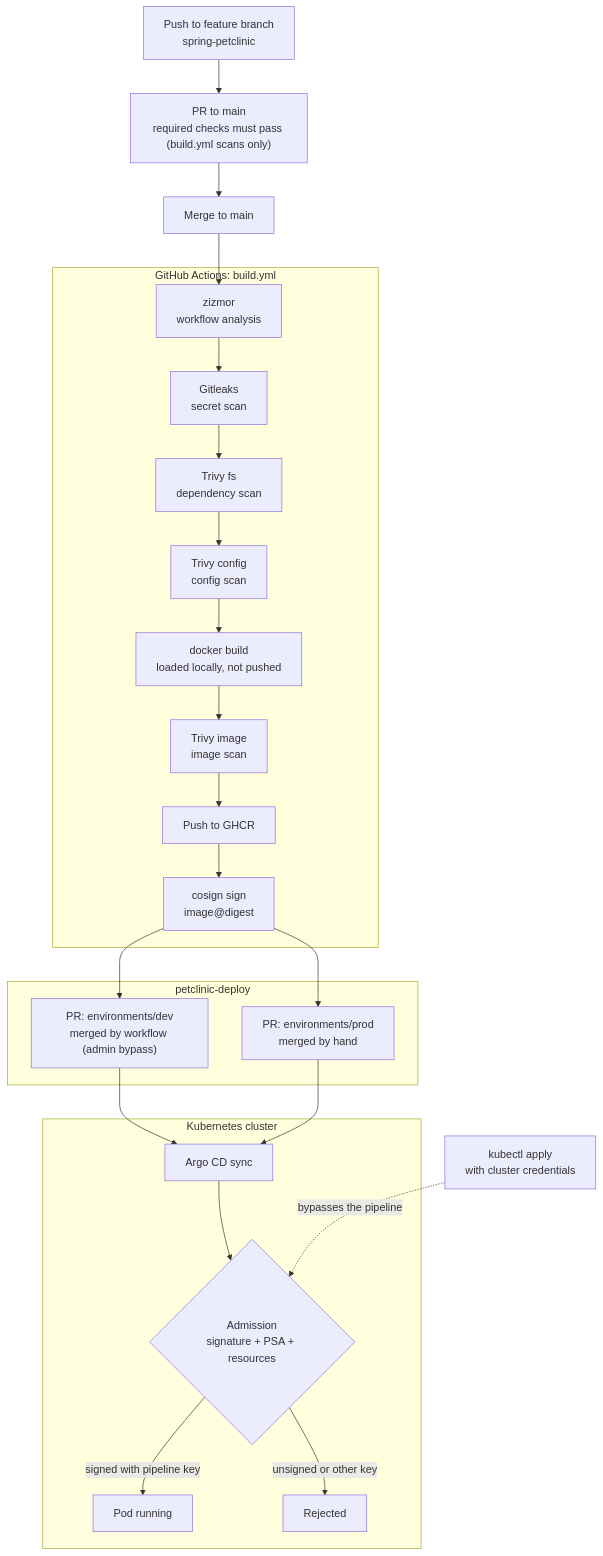
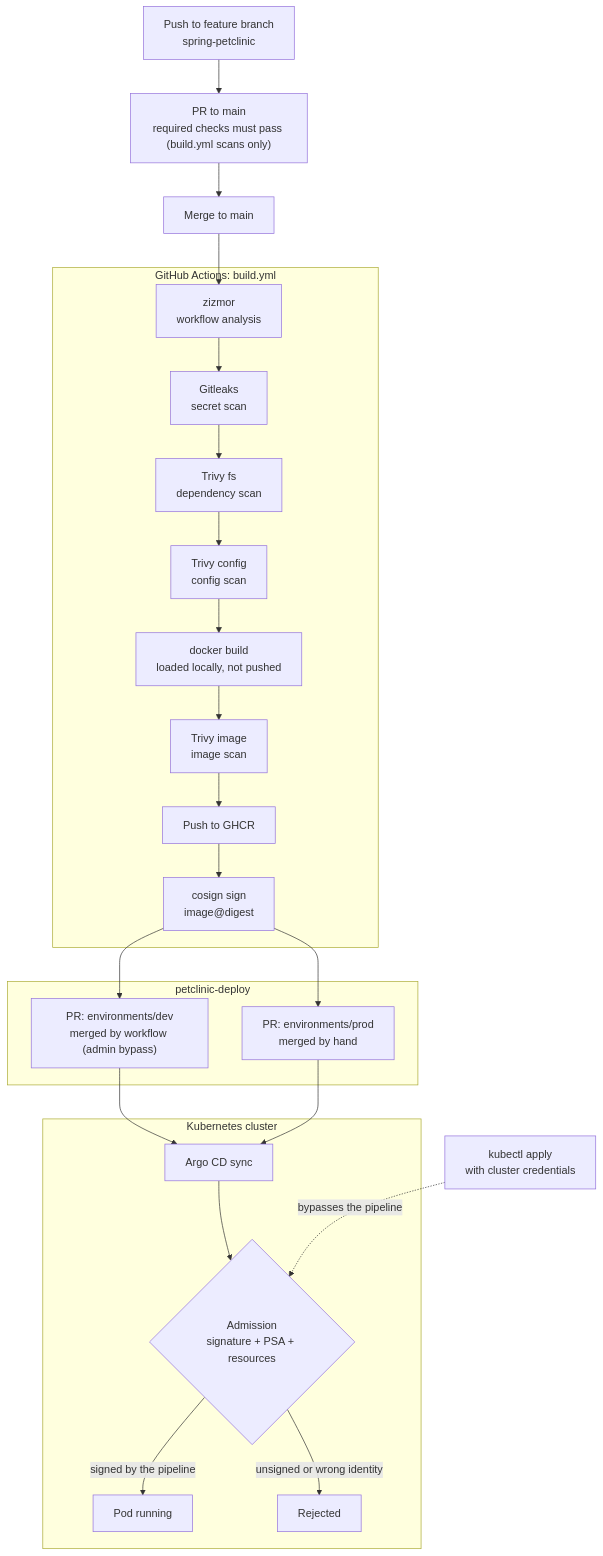
Before and after one commit to PtrMlnda/petclinic-deploy: the diagram in README.md, drawn with Mermaid. The commit also changed other lines of this file, not shown here.

````diff
--- a/README.md
+++ b/README.md
@@ -12,39 +12,39 @@
 ```mermaid
 flowchart TD
     branch["Push to feature branch<br/>spring-petclinic"] --> pr["PR to main<br/>required checks must pass (build.yml scans only)"]
     pr --> merge["Merge to main"]
 
     subgraph ci["GitHub Actions: build.yml"]
         zizmor["zizmor<br/>workflow analysis"] --> gitleaks["Gitleaks<br/>secret scan"]
         gitleaks --> fs["Trivy fs<br/>dependency scan"]
         fs --> cfg["Trivy config<br/>config scan"]
         cfg --> build["docker build<br/>loaded locally, not pushed"]
         build --> img["Trivy image<br/>image scan"]
         img --> push["Push to GHCR"]
         push --> sign["cosign sign<br/>image@digest"]
     end
 
     subgraph deploy["petclinic-deploy"]
         devpr["PR: environments/dev<br/>merged by workflow (admin bypass)"]
         prodpr["PR: environments/prod<br/>merged by hand"]
     end
 
     subgraph cluster["Kubernetes cluster"]
         argo["Argo CD sync"]
         adm{"Admission<br/>signature + PSA + resources"}
         pod["Pod running"]
         reject["Rejected"]
     end
 
     manual["kubectl apply<br/>with cluster credentials"]
 
     merge --> zizmor
     sign --> devpr
     sign --> prodpr
     devpr --> argo
     prodpr --> argo
     argo --> adm
     manual -.->|"bypasses the pipeline"| adm
-    adm -->|"signed with pipeline key"| pod
-    adm -->|"unsigned or other key"| reject
+    adm -->|"signed by the pipeline"| pod
+    adm -->|"unsigned or wrong identity"| reject
 ```
````
